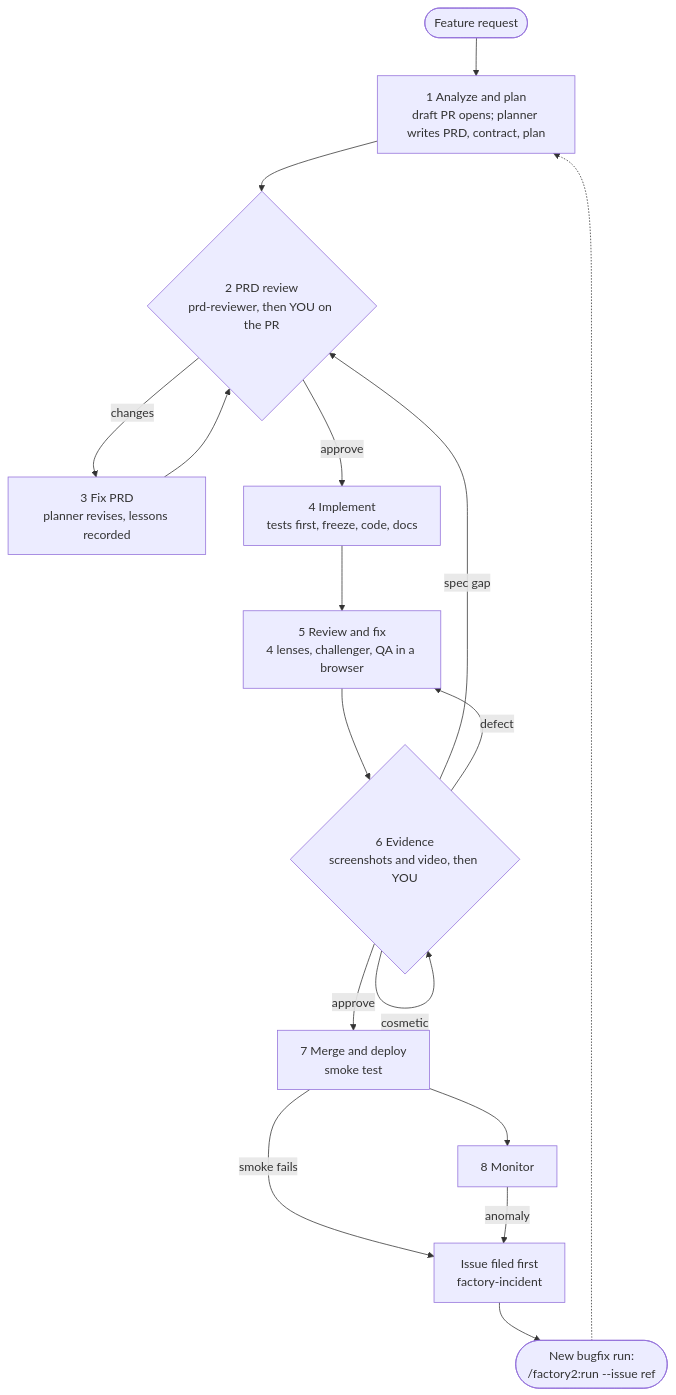
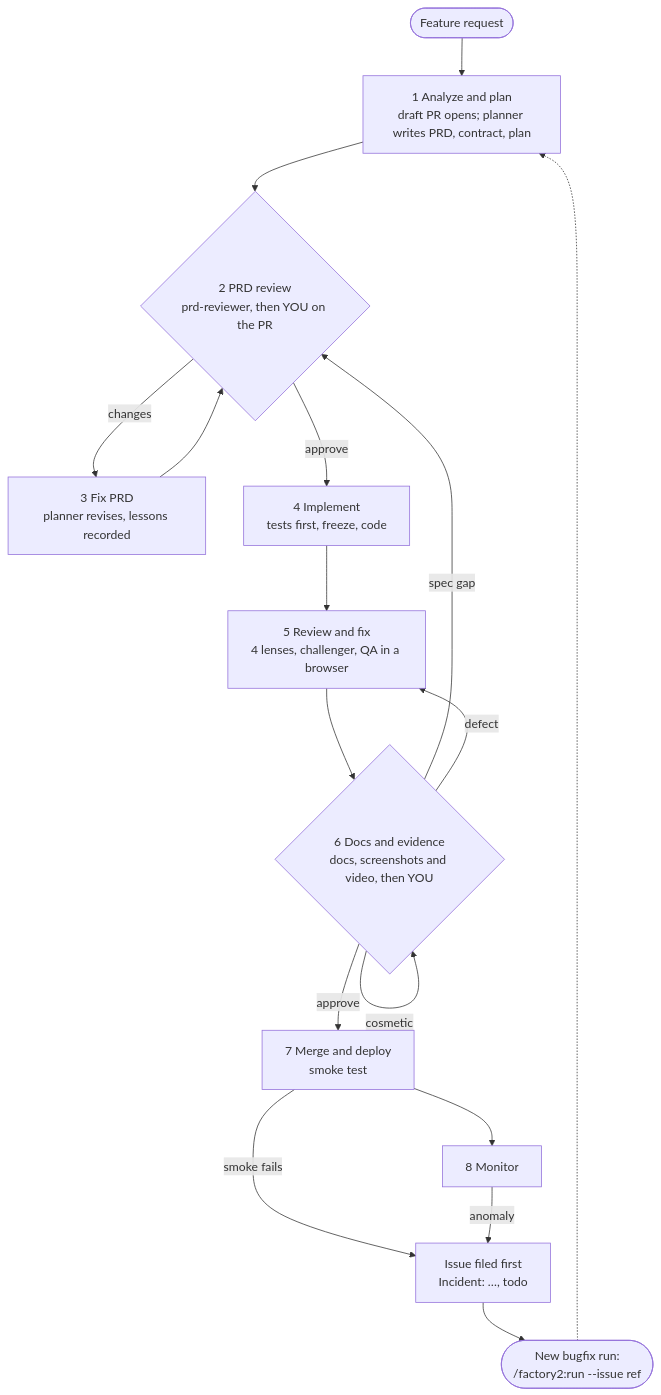
Before and after one commit to hlistan/factory2: the first of 2 diagrams in docs/GUIDE.md, drawn with Mermaid. The commit also changed other lines of this file and 25 other files, not shown here.

First line of the commit message:
One issue flow: todo, planning, building, testing, documenting, done

````diff
--- a/docs/GUIDE.md
+++ b/docs/GUIDE.md
@@ -15,19 +15,19 @@
 ```mermaid
 flowchart TD
     R([Feature request]) --> S1[1 Analyze and plan<br/>draft PR opens; planner writes PRD, contract, plan]
     S1 --> S2{2 PRD review<br/>prd-reviewer, then YOU on the PR}
     S2 -- changes --> S3[3 Fix PRD<br/>planner revises, lessons recorded]
     S3 --> S2
-    S2 -- approve --> S4[4 Implement<br/>tests first, freeze, code, docs]
+    S2 -- approve --> S4[4 Implement<br/>tests first, freeze, code]
     S4 --> S5[5 Review and fix<br/>4 lenses, challenger, QA in a browser]
-    S5 --> S6{6 Evidence<br/>screenshots and video, then YOU}
+    S5 --> S6{6 Docs and evidence<br/>docs, screenshots and video, then YOU}
     S6 -- spec gap --> S2
     S6 -- defect --> S5
     S6 -- cosmetic --> S6
     S6 -- approve --> S7[7 Merge and deploy<br/>smoke test]
     S7 --> S8[8 Monitor]
     S7 -- smoke fails --> I
-    S8 -- anomaly --> I[Issue filed first<br/>factory-incident]
+    S8 -- anomaly --> I[Issue filed first<br/>Incident: …, todo]
     I --> B([New bugfix run:<br/>/factory2:run --issue ref])
     B -.-> S1
 ```
````
